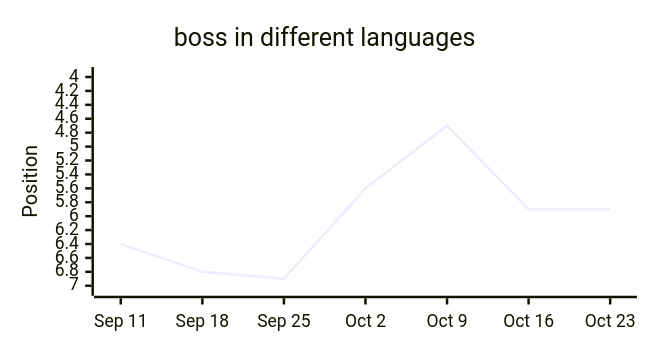
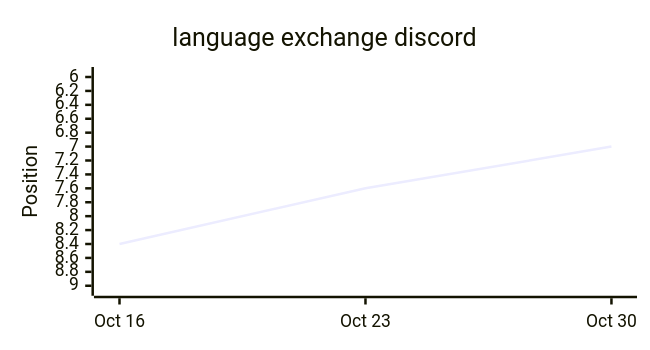
Before and after one commit to langx/website: diagram 12 of 13 in latest.md, drawn with Mermaid. The commit also changed other lines of this file and 2 other files, not shown here.

````diff
--- a/latest.md
+++ b/latest.md
@@ -186,13 +186,13 @@
 ```mermaid
 ---
 config:
   xyChart:
     width: 500
     height: 260
 ---
 xychart-beta
-  title "boss in different languages"
-  x-axis ["Sep 11", "Sep 18", "Sep 25", "Oct 2", "Oct 9", "Oct 16", "Oct 23"]
-  y-axis "Position" 7 --> 4
-  line [6.4, 6.8, 6.9, 5.6, 4.7, 5.9, 5.9]
+  title "language exchange discord"
+  x-axis ["Oct 16", "Oct 23", "Oct 30"]
+  y-axis "Position" 9 --> 6
+  line [8.4, 7.6, 7]
 ```
````
